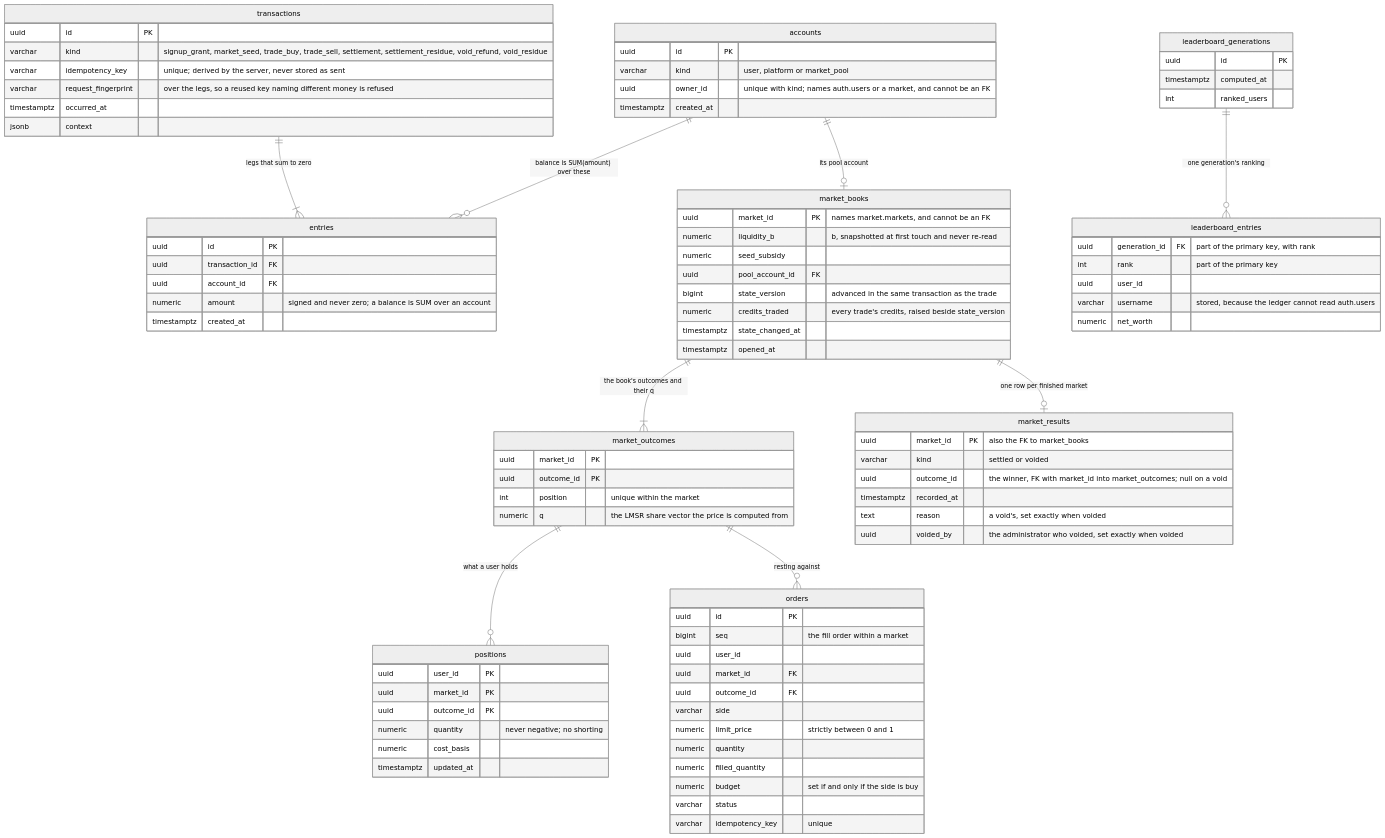
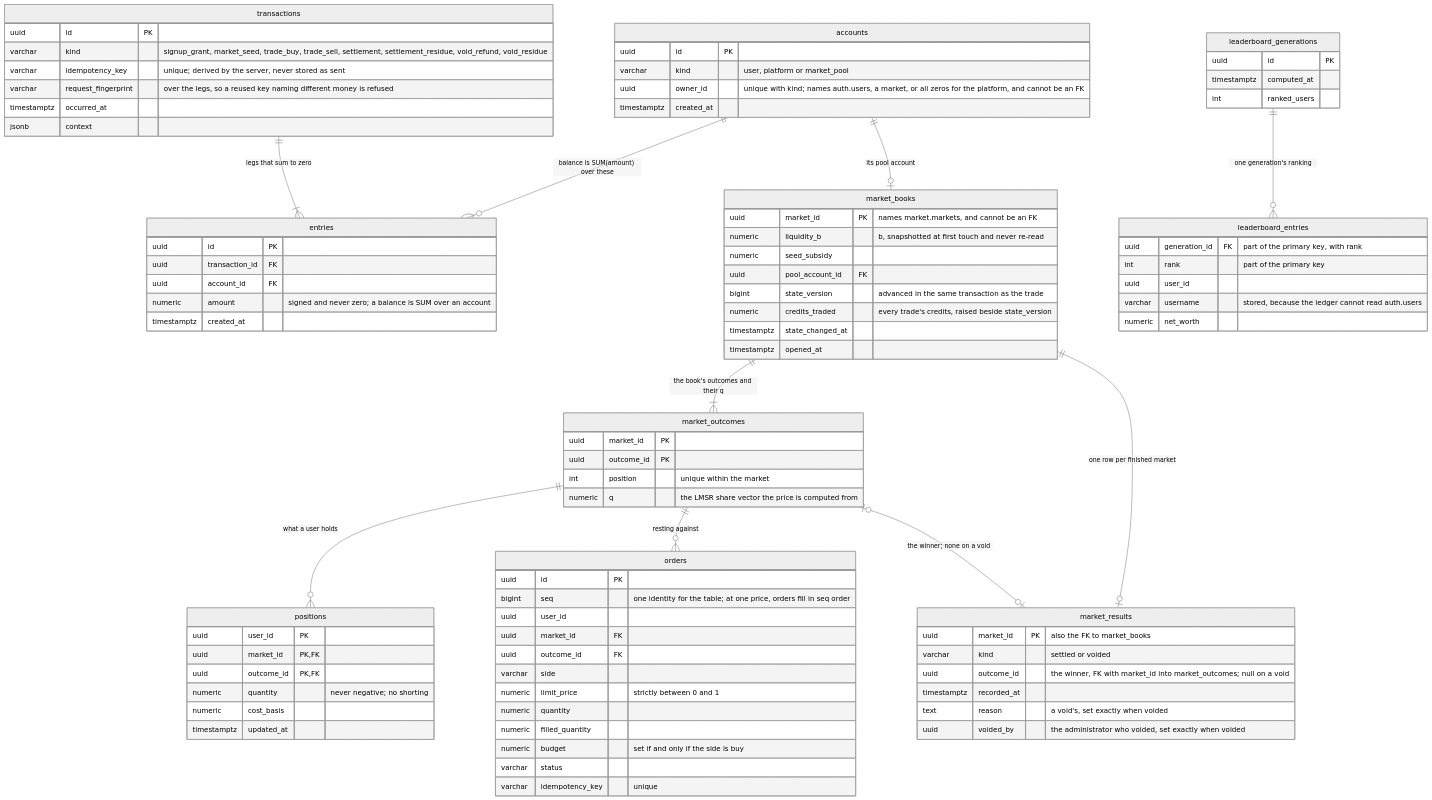
Before and after one commit to decker757/CS464: the fourth of 4 diagrams in docs/architecture.md, drawn with Mermaid (neutral theme). The commit also changed other lines of this file, not shown here.

First line of the commit message:
docs(architecture): the void call, the trade's 201 and first-touch terms pull, and the ledger ERD's keys (#672)

````diff
--- a/docs/architecture.md
+++ b/docs/architecture.md
@@ -258,7 +264,7 @@
     accounts {
         uuid id PK
         varchar kind "user, platform or market_pool"
-        uuid owner_id "unique with kind; names auth.users or a market, and cannot be an FK"
+        uuid owner_id "unique with kind; names auth.users, a market, or all zeros for the platform, and cannot be an FK"
         timestamptz created_at
     }
     transactions {
@@ -294,8 +300,8 @@
     }
     positions {
         uuid user_id PK
-        uuid market_id PK
-        uuid outcome_id PK
+        uuid market_id PK, FK
+        uuid outcome_id PK, FK
         numeric quantity "never negative; no shorting"
         numeric cost_basis
         timestamptz updated_at
@@ -310,7 +316,7 @@
     }
     orders {
         uuid id PK
-        bigint seq "the fill order within a market"
+        bigint seq "one identity for the table; at one price, orders fill in seq order"
         uuid user_id
         uuid market_id FK
         uuid outcome_id FK
@@ -342,5 +348,6 @@
     market_outcomes ||--o{ positions : "what a user holds"
     market_outcomes ||--o{ orders : "resting against"
     market_books ||--o| market_results : "one row per finished market"
+    market_outcomes |o--o| market_results : "the winner; none on a void"
     leaderboard_generations ||--o{ leaderboard_entries : "one generation's ranking"
 ```
````
